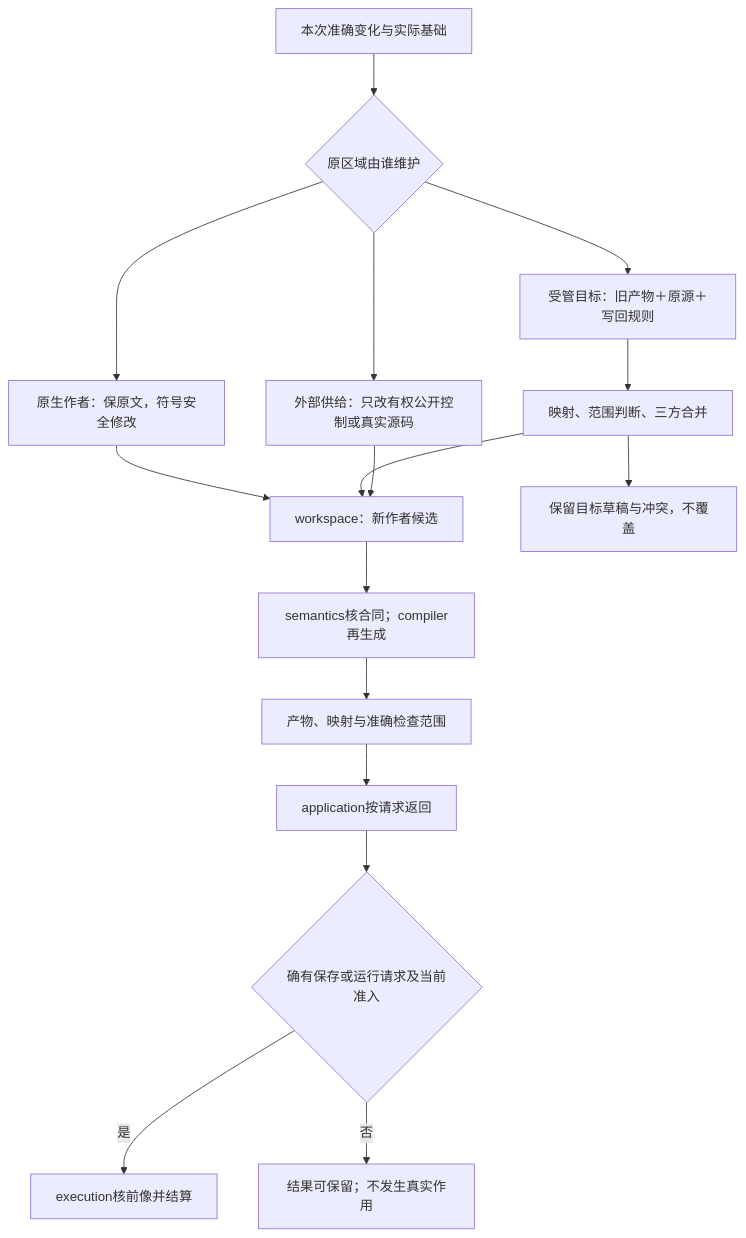
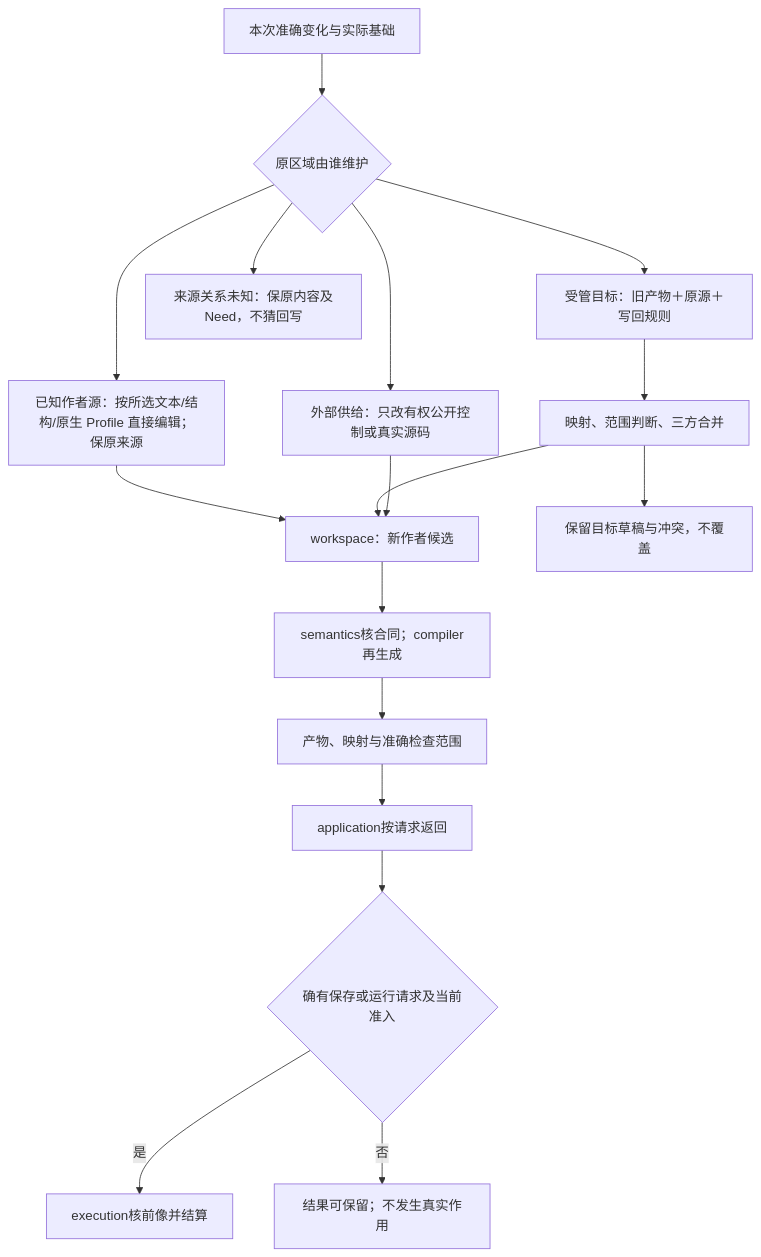
One commit to sec-platform/sec changed the third of 6 diagrams in docs/架构/协作与状态边界.md. Above: the diagram before and after it, drawn with Mermaid. The commit also changed other lines of this file and 8 other files, not shown here.

````diff
--- a/docs/架构/协作与状态边界.md
+++ b/docs/架构/协作与状态边界.md
@@ -152,18 +152,19 @@
 ```mermaid
 flowchart TB
   Change["本次准确变化与实际基础"] --> Owner{"原区域由谁维护"}
-  Owner --> Native["原生作者：保原文，符号安全修改"]
+  Owner --> Author["已知作者源：按所选文本/结构/原生 Profile 直接编辑；保原来源"]
   Owner --> Managed["受管目标：旧产物＋原源＋写回规则"]
   Owner --> Public["外部供给：只改有权公开控制或真实源码"]
-  Native --> Candidate["workspace：新作者候选"]
+  Owner --> Unknown["来源关系未知：保原内容及Need，不猜回写"]
+  Author --> Candidate["workspace：新作者候选"]
   Managed --> Reconcile["映射、范围判断、三方合并"]
   Reconcile --> Candidate
   Reconcile --> Pending["保留目标草稿与冲突，不覆盖"]
   Public --> Candidate
   Candidate --> Check["semantics核合同；compiler再生成"]
   Check --> Result["产物、映射与准确检查范围"]
   Result --> App["application按请求返回"]
   App --> Allowed{"确有保存或运行请求及当前准入"}
   Allowed -->|是| Exec["execution核前像并结算"]
   Allowed -->|否| End["结果可保留；不发生真实作用"]
 ```
````
